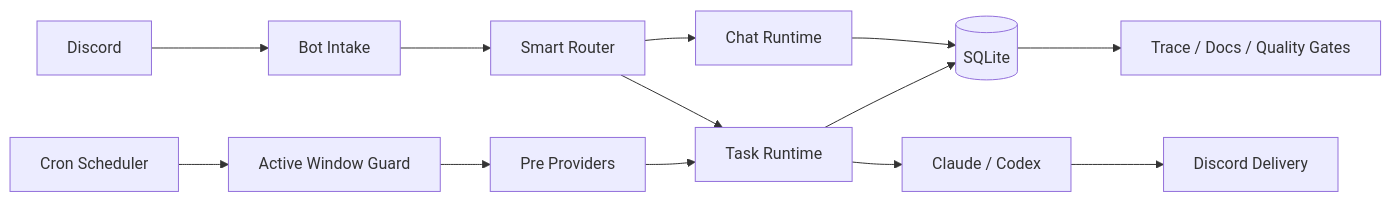
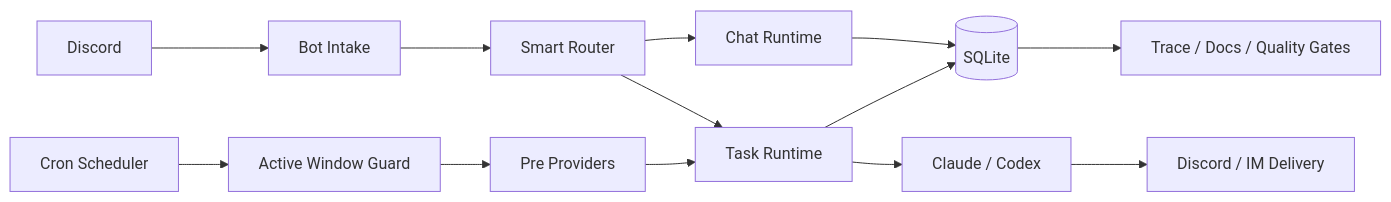
One commit to yuanyunfan/miniclaw changed the first of 2 diagrams in website/en/index.md. Above: the diagram before and after it, drawn with Mermaid. The commit also changed other lines of this file and 24 other files, not shown here.

````diff
--- a/website/en/index.md
+++ b/website/en/index.md
@@ -27,15 +27,15 @@
 ```mermaid
 flowchart LR
   Discord[Discord] --> Intake[Bot Intake]
   Intake --> Router[Smart Router]
   Router --> Chat[Chat Runtime]
   Router --> Task[Task Runtime]
   Cron[Cron Scheduler] --> ActiveWindow[Active Window Guard]
   ActiveWindow --> Providers[Pre Providers]
   Providers --> Task
   Task --> Agents[Claude / Codex]
   Chat --> Store[(SQLite)]
   Task --> Store
-  Agents --> Delivery[Discord Delivery]
+  Agents --> Delivery[Discord / IM Delivery]
   Store --> Quality[Trace / Docs / Quality Gates]
 ```
````
